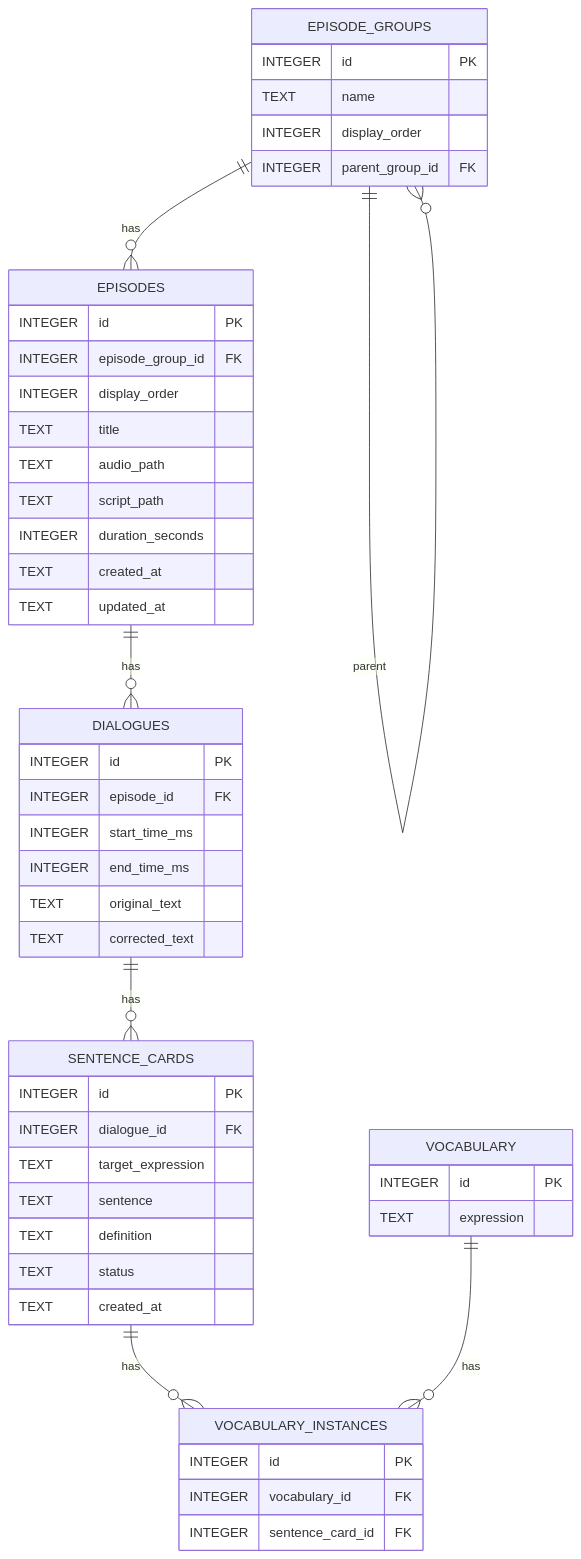
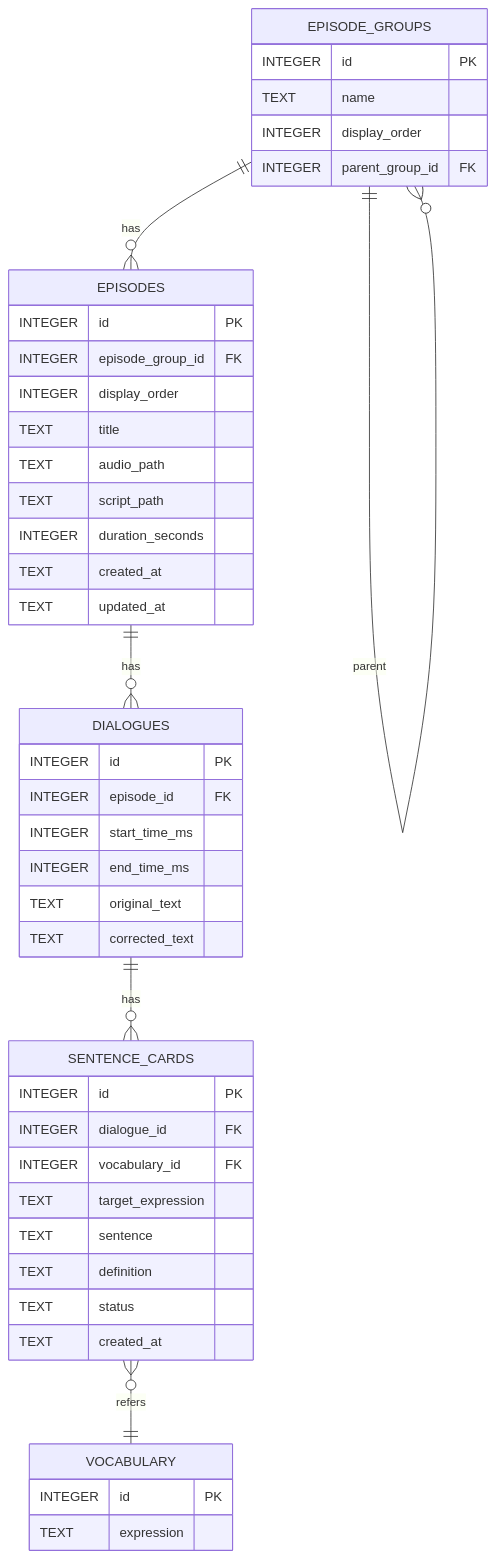
Before and after one commit to k5n/kotonoha: the diagram in doc/technical_specifications.md, drawn with Mermaid. The commit also changed other lines of this file and 1 other file, not shown here.

Commit message:
feat: update technical specifications and sentence card entity to include vocabulary relationship

````diff
--- a/doc/technical_specifications.md
+++ b/doc/technical_specifications.md
@@ -62,53 +62,48 @@
 ```mermaid
 erDiagram
     EPISODE_GROUPS {
         INTEGER id PK
         TEXT name
         INTEGER display_order
         INTEGER parent_group_id FK
     }
     EPISODES {
         INTEGER id PK
         INTEGER episode_group_id FK
         INTEGER display_order
         TEXT title
         TEXT audio_path
         TEXT script_path
         INTEGER duration_seconds
         TEXT created_at
         TEXT updated_at
     }
     DIALOGUES {
         INTEGER id PK
         INTEGER episode_id FK
         INTEGER start_time_ms
         INTEGER end_time_ms
         TEXT original_text
         TEXT corrected_text
     }
     SENTENCE_CARDS {
         INTEGER id PK
         INTEGER dialogue_id FK
+        INTEGER vocabulary_id FK
         TEXT target_expression
         TEXT sentence
         TEXT definition
         TEXT status
         TEXT created_at
     }
     VOCABULARY {
         INTEGER id PK
         TEXT expression
     }
-    VOCABULARY_INSTANCES {
-        INTEGER id PK
-        INTEGER vocabulary_id FK
-        INTEGER sentence_card_id FK
-    }
 
     EPISODE_GROUPS ||--o{ EPISODE_GROUPS : "parent"
     EPISODE_GROUPS ||--o{ EPISODES : "has"
     EPISODES ||--o{ DIALOGUES : "has"
     DIALOGUES ||--o{ SENTENCE_CARDS : "has"
-    SENTENCE_CARDS ||--o{ VOCABULARY_INSTANCES : "has"
-    VOCABULARY ||--o{ VOCABULARY_INSTANCES : "has"
+    SENTENCE_CARDS }o--|| VOCABULARY : "refers"
 ```
````
